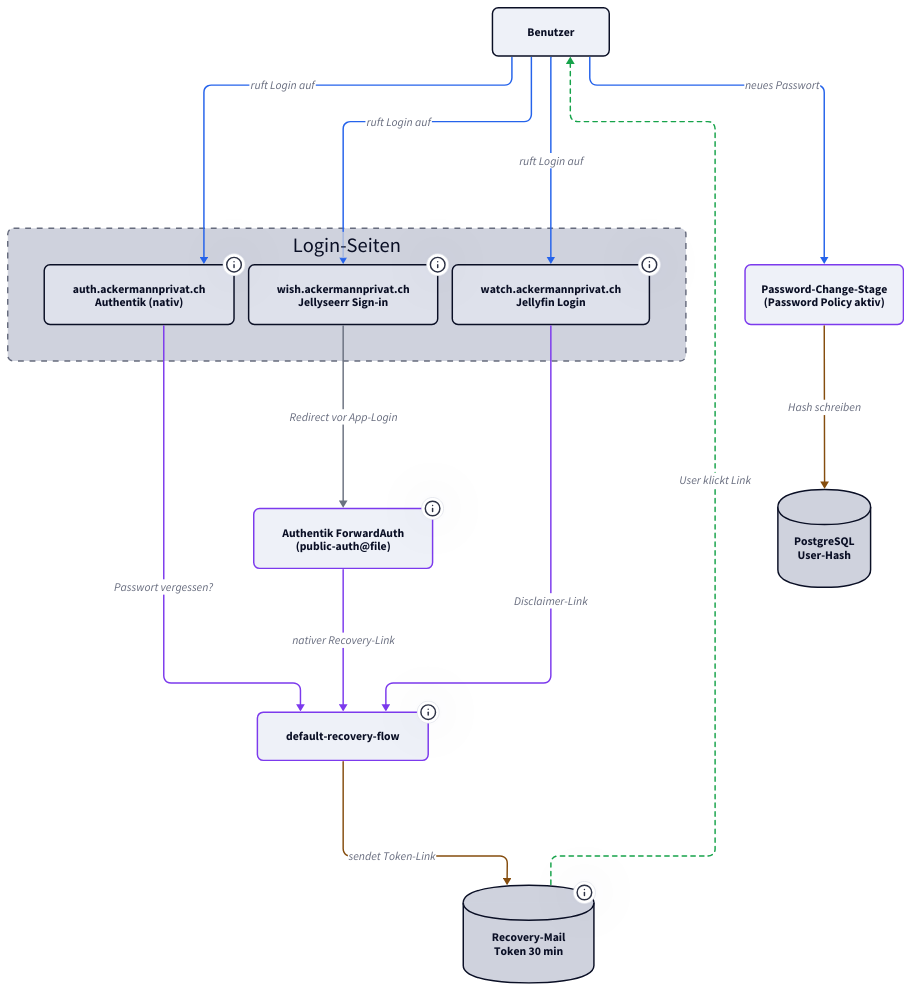
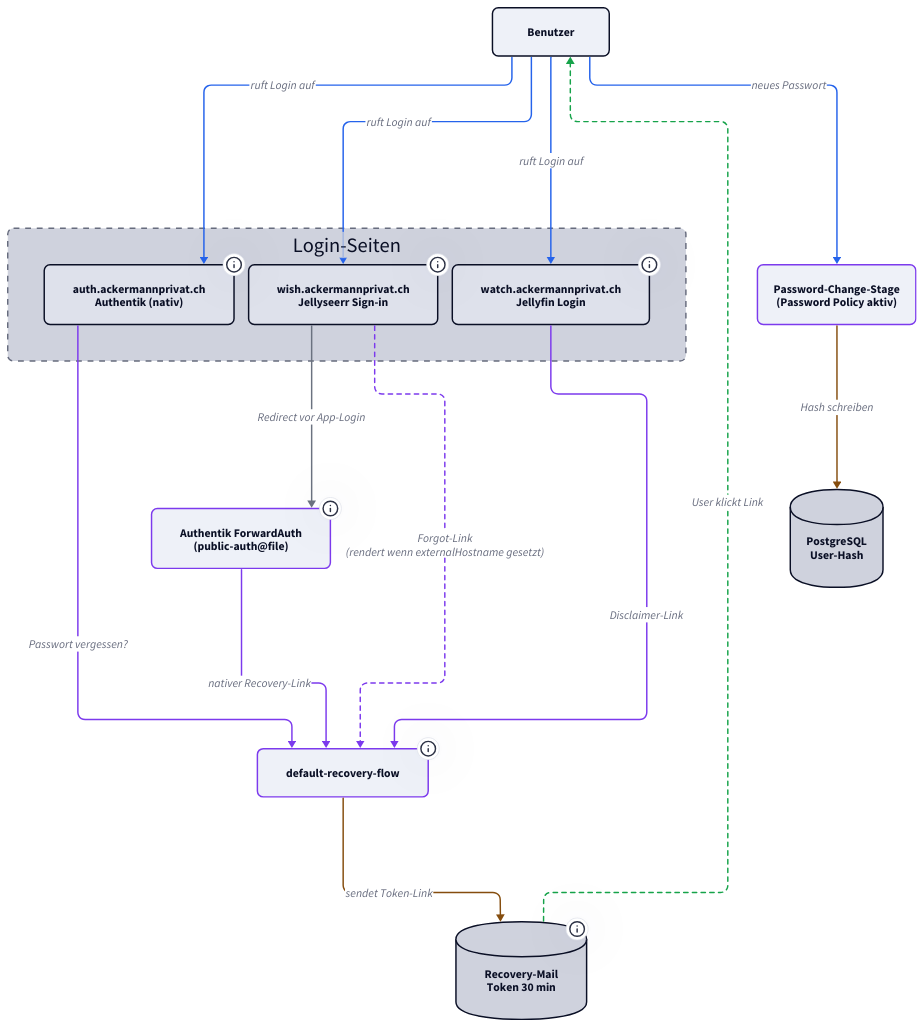
The diagram in docs/authentik/betrieb.md (derever-labs/homelab-wiki), drawn with D2 before and after one commit. The commit also changed other lines of this file and 1 other file, not shown here.

First line of the commit message:
docs(authentik): Jellyseerr Forgot-Link braucht externalHostname

````diff
--- a/docs/authentik/betrieb.md
+++ b/docs/authentik/betrieb.md
@@ -160,73 +160,74 @@
 ```d2
 vars: {
   d2-config: {
     theme-id: 1
     layout-engine: elk
   }
 }
 
 classes: {
   app: { style: { border-radius: 8 } }
   recovery: { style: { border-radius: 8; stroke: "#7c3aed" } }
   store: { style: { border-radius: 8 } }
   container: { style: { border-radius: 8; stroke-dash: 4 } }
 }
 
 direction: down
 
 User: Benutzer { class: app }
 
 Apps: Login-Seiten {
   class: container
 
   AuthLogin: "auth.ackermannprivat.ch\nAuthentik (nativ)" {
     class: app
     tooltip: "Recovery-Link via Identification-Stage + Custom-CSS"
   }
   JSLogin: "wish.ackermannprivat.ch\nJellyseerr Sign-in" {
     class: app
-    tooltip: "v2.7.3: kein nativer Recovery-Link auf der Login-Maske -- Recovery laeuft ueber die vorgelagerte Authentik-Login-Seite"
+    tooltip: "Forgot-Link rendert nur wenn externalHostname UND jellyfinForgotPasswordUrl gesetzt -- Wrapper {baseUrl && ...}"
   }
   JFLogin: "watch.ackermannprivat.ch\nJellyfin Login" {
     class: app
     tooltip: "LoginDisclaimer im Branding-Endpoint, persistiert im CSI-Volume"
   }
 }
 
 FWD: "Authentik ForwardAuth\n(public-auth@file)" {
   class: recovery
   tooltip: "Schaltet die Authentik-Login-Seite VOR Jellyseerr -- nativer Recovery-Link greift hier zuerst"
 }
 
 Recovery: "default-recovery-flow" {
   class: recovery
   tooltip: "Identification + Recovery-Mail + Token + Password-Change-Stage"
 }
 
 Mail: "Recovery-Mail\nToken 30 min" {
   class: store
   shape: cylinder
   tooltip: "SMTP Relay -- smtp.service.consul"
 }
 
 PwChange: "Password-Change-Stage\n(Password Policy aktiv)" { class: recovery }
 
 PG: "PostgreSQL\nUser-Hash" {
   class: store
   shape: cylinder
 }
 
 User -> Apps.AuthLogin: "ruft Login auf" { style.stroke: "#2563eb" }
 User -> Apps.JSLogin: "ruft Login auf" { style.stroke: "#2563eb" }
 User -> Apps.JFLogin: "ruft Login auf" { style.stroke: "#2563eb" }
 
 Apps.JSLogin -> FWD: "Redirect vor App-Login" { style.stroke: "#6b7280" }
 FWD -> Recovery: "nativer Recovery-Link" { style.stroke: "#7c3aed" }
 Apps.AuthLogin -> Recovery: "Passwort vergessen?" { style.stroke: "#7c3aed" }
+Apps.JSLogin -> Recovery: "Forgot-Link\n(rendert wenn externalHostname gesetzt)" { style.stroke: "#7c3aed"; style.stroke-dash: 3 }
 Apps.JFLogin -> Recovery: "Disclaimer-Link" { style.stroke: "#7c3aed" }
 
 Recovery -> Mail: "sendet Token-Link" { style.stroke: "#854d0e" }
 Mail -> User: "User klickt Link" { style.stroke: "#16a34a"; style.stroke-dash: 3 }
 User -> PwChange: "neues Passwort" { style.stroke: "#2563eb" }
 PwChange -> PG: "Hash schreiben" { style.stroke: "#854d0e" }
 ```
````
